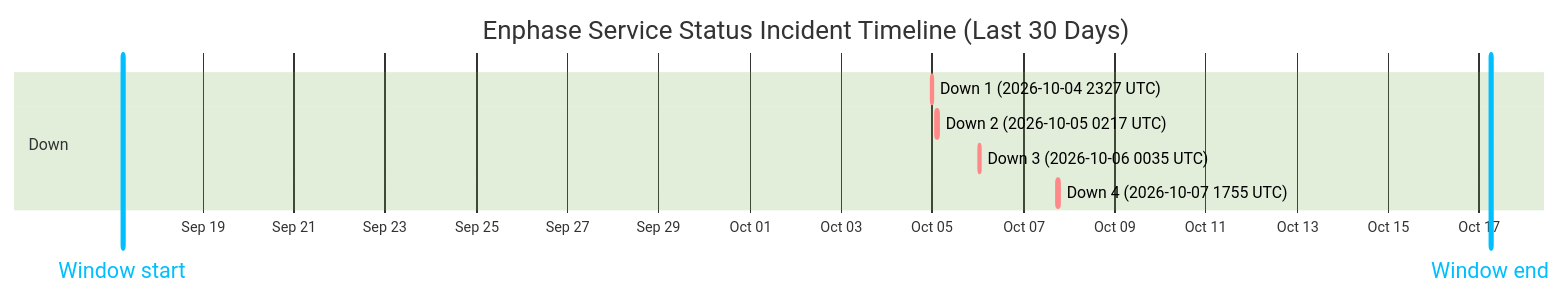
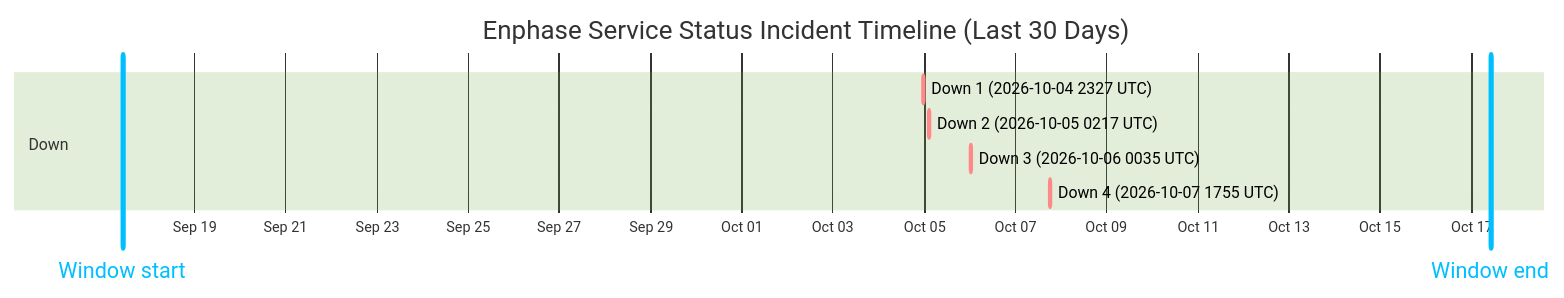
Before and after one commit to barneyonline/ha-enphase-energy: the diagram in wiki/Service-Status-History.md, drawn with Mermaid (forest theme). The commit also changed other lines of this file and 3 other files, not shown here.

````diff
--- a/wiki/Service-Status-History.md
+++ b/wiki/Service-Status-History.md
@@ -14,13 +14,13 @@
 ```mermaid
 gantt
     title Enphase Service Status Incident Timeline (Last 30 Days)
     dateFormat  YYYY-MM-DDTHH:mm:ss
     axisFormat  %b %d
-    Window start :vert, window-start, 2026-09-17T05:53:34, 0ms
-    Window end :vert, window-end, 2026-10-17T05:53:34, 0ms
+    Window start :vert, window-start, 2026-09-17T10:09:52, 0ms
+    Window end :vert, window-end, 2026-10-17T10:09:52, 0ms
     section Down
     Down 1 (2026-10-04 2327 UTC) :crit, down-1, 2026-10-04T23:27:34, 60m
     Down 2 (2026-10-05 0217 UTC) :crit, down-2, 2026-10-05T02:17:30, 60m
     Down 3 (2026-10-06 0035 UTC) :crit, down-3, 2026-10-06T00:35:21, 60m
     Down 4 (2026-10-07 1755 UTC) :crit, down-4, 2026-10-07T17:55:16, 60m
 ```
````
